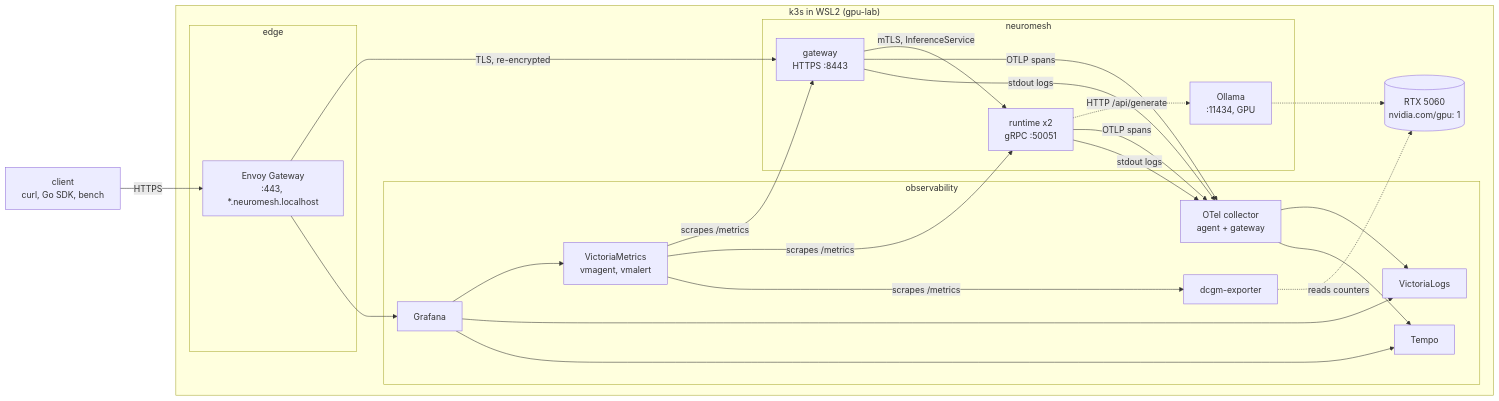
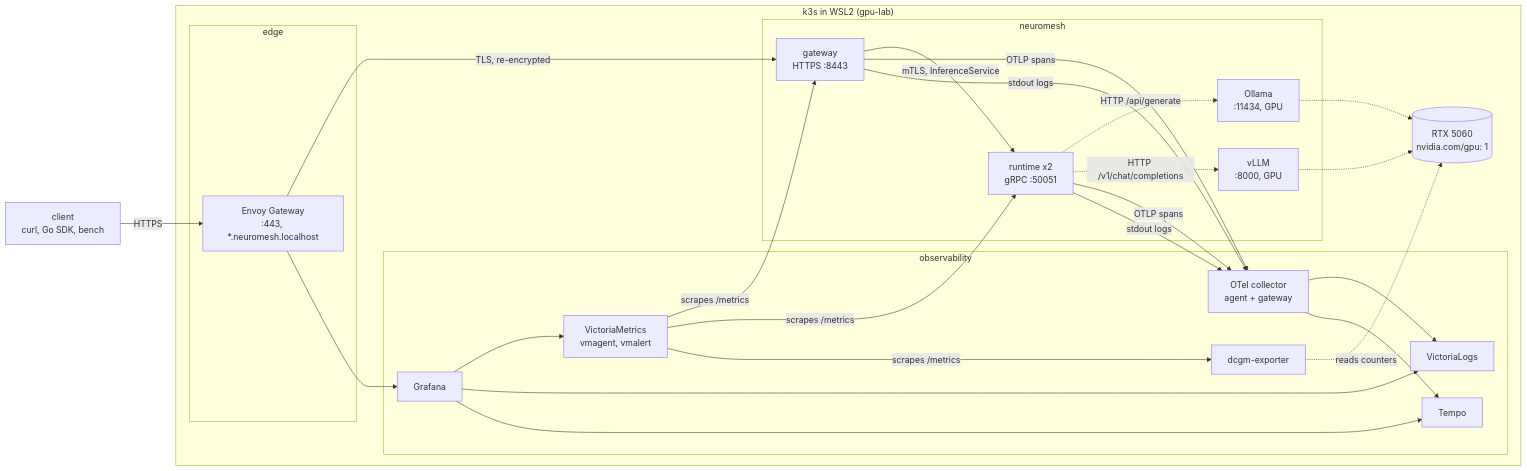
The first of 2 diagrams in docs/architecture/overview.md (kokou-egbewatt/NeuroMesh), drawn with Mermaid before and after one commit. The commit also changed other lines of this file and 6 other files, not shown here.

````diff
--- a/docs/architecture/overview.md
+++ b/docs/architecture/overview.md
@@ -9,38 +9,41 @@
 ```mermaid
 flowchart LR
     client["client<br/>curl, Go SDK, bench"]
 
     subgraph cluster["k3s in WSL2 (gpu-lab)"]
         subgraph edgens["edge"]
             edge["Envoy Gateway<br/>:443, *.neuromesh.localhost"]
         end
         subgraph nm["neuromesh"]
             gw["gateway<br/>HTTPS :8443"]
             rt["runtime x2<br/>gRPC :50051"]
             ol["Ollama<br/>:11434, GPU"]
+            vl2["vLLM<br/>:8000, GPU"]
         end
         subgraph obs["observability"]
             col["OTel collector<br/>agent + gateway"]
             vm["VictoriaMetrics<br/>vmagent, vmalert"]
             vl["VictoriaLogs"]
             tempo["Tempo"]
             graf["Grafana"]
             dcgm["dcgm-exporter"]
         end
         gpu[("RTX 5060<br/>nvidia.com/gpu: 1")]
     end
 
     client -->|HTTPS| edge
     edge -->|"TLS, re-encrypted"| gw
     gw -->|"mTLS, InferenceService"| rt
     rt -.->|"HTTP /api/generate"| ol
+    rt -.->|"HTTP /v1/chat/completions"| vl2
     ol -.-> gpu
+    vl2 -.-> gpu
     dcgm -.->|"reads counters"| gpu
 
     gw & rt -->|"OTLP spans"| col
     gw & rt -->|"stdout logs"| col
     col --> vl & tempo
     vm -->|"scrapes /metrics"| gw & rt & dcgm
     graf --> vm & vl & tempo
     edge --> graf
 ```
````
